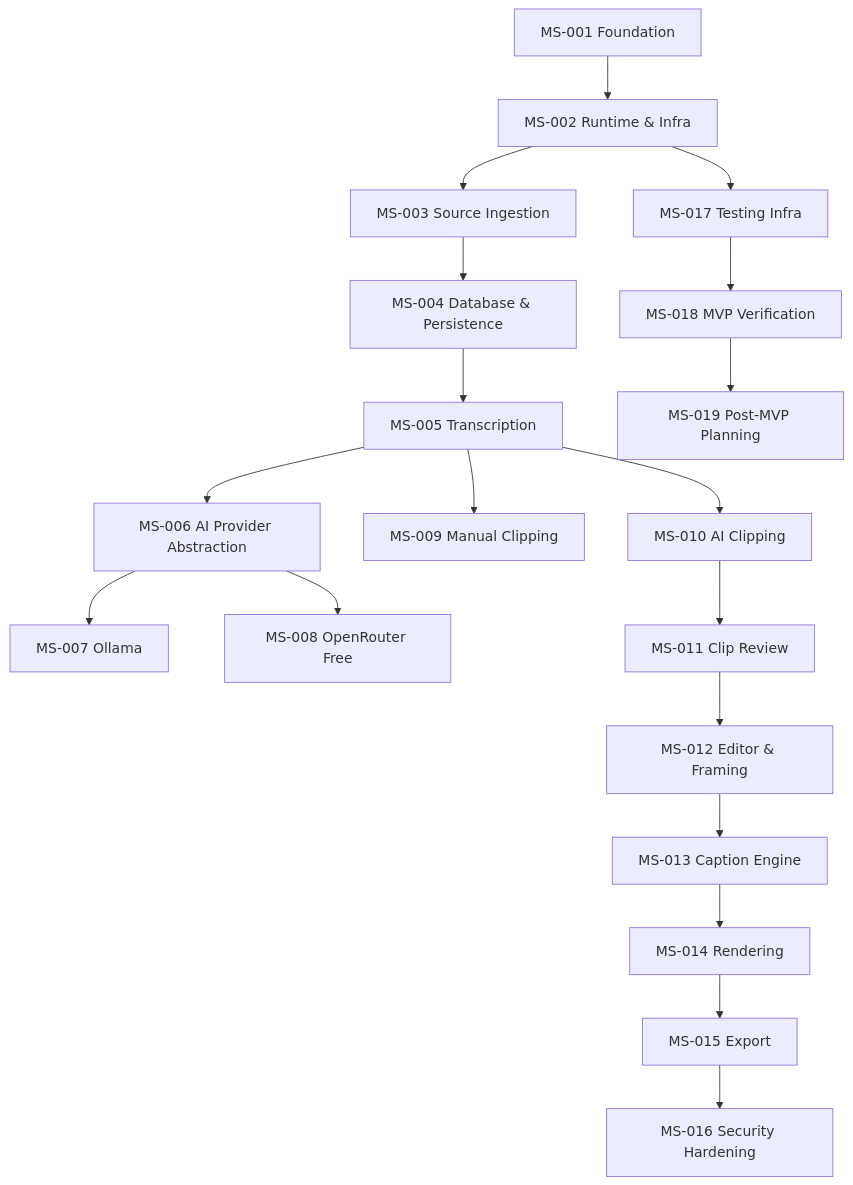
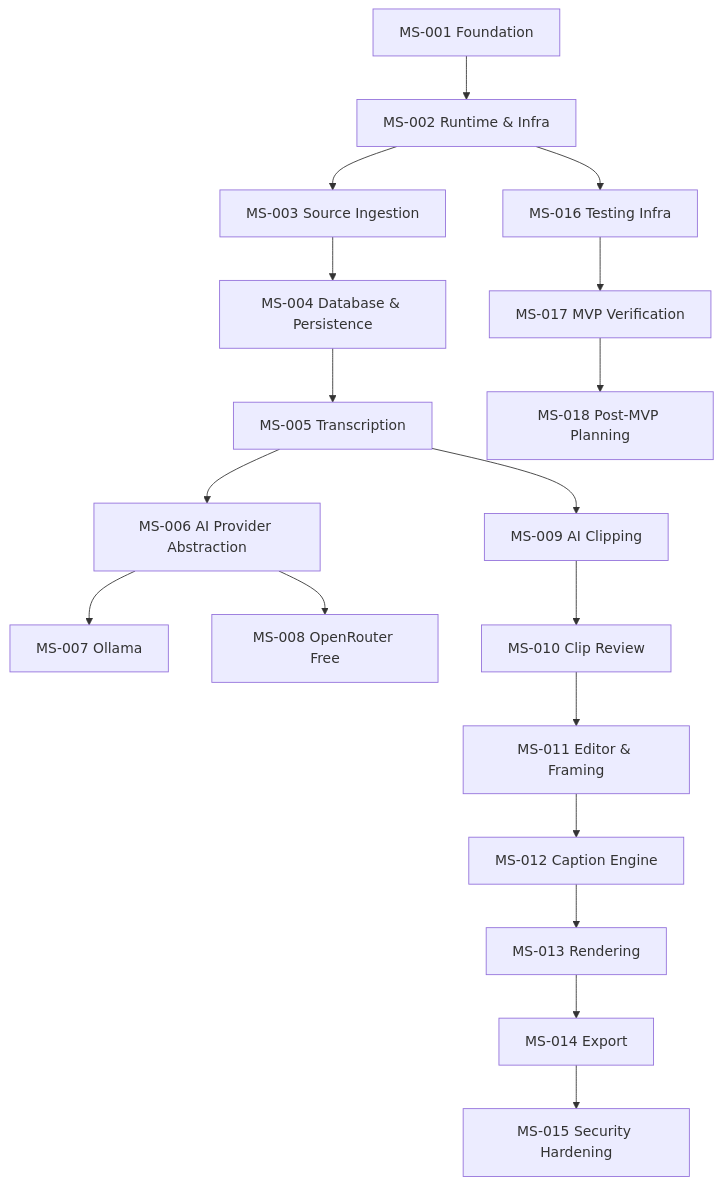
Before and after one commit to RashidMinhas1/Clip-Forge-Ai: the diagram in docs/milestones/MILESTONE_ROADMAP.md, drawn with Mermaid. The commit also changed other lines of this file and 2 other files, not shown here.

Commit message:
docs: reconcile milestone roadmap with locked history

````diff
--- a/docs/milestones/MILESTONE_ROADMAP.md
+++ b/docs/milestones/MILESTONE_ROADMAP.md
@@ -17,21 +17,20 @@
 ```mermaid
 graph TD;
     MS001[MS-001 Foundation] --> MS002[MS-002 Runtime & Infra];
     MS002 --> MS003[MS-003 Source Ingestion];
     MS003 --> MS004[MS-004 Database & Persistence];
     MS004 --> MS005[MS-005 Transcription];
     MS005 --> MS006[MS-006 AI Provider Abstraction];
     MS006 --> MS007[MS-007 Ollama];
     MS006 --> MS008[MS-008 OpenRouter Free];
-    MS005 --> MS009[MS-009 Manual Clipping];
-    MS005 --> MS010[MS-010 AI Clipping];
-    MS010 --> MS011[MS-011 Clip Review];
-    MS011 --> MS012[MS-012 Editor & Framing];
-    MS012 --> MS013[MS-013 Caption Engine];
-    MS013 --> MS014[MS-014 Rendering];
-    MS014 --> MS015[MS-015 Export];
-    MS015 --> MS016[MS-016 Security Hardening];
-    MS002 --> MS017[MS-017 Testing Infra];
-    MS017 --> MS018[MS-018 MVP Verification];
-    MS018 --> MS019[MS-019 Post‑MVP Planning];
+    MS005 --> MS009[MS-009 AI Clipping];
+    MS009 --> MS010[MS-010 Clip Review];
+    MS010 --> MS011[MS-011 Editor & Framing];
+    MS011 --> MS012[MS-012 Caption Engine];
+    MS012 --> MS013[MS-013 Rendering];
+    MS013 --> MS014[MS-014 Export];
+    MS014 --> MS015[MS-015 Security Hardening];
+    MS002 --> MS016[MS-016 Testing Infra];
+    MS016 --> MS017[MS-017 MVP Verification];
+    MS017 --> MS018[MS-018 Post‑MVP Planning];
 ```
````
